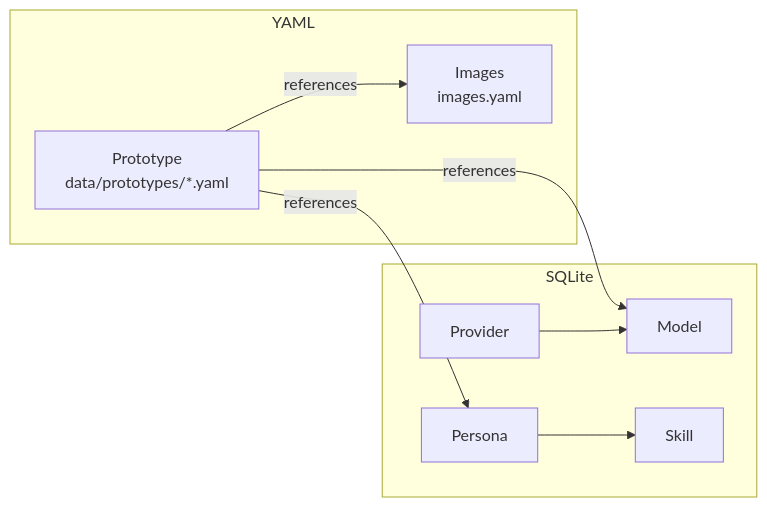
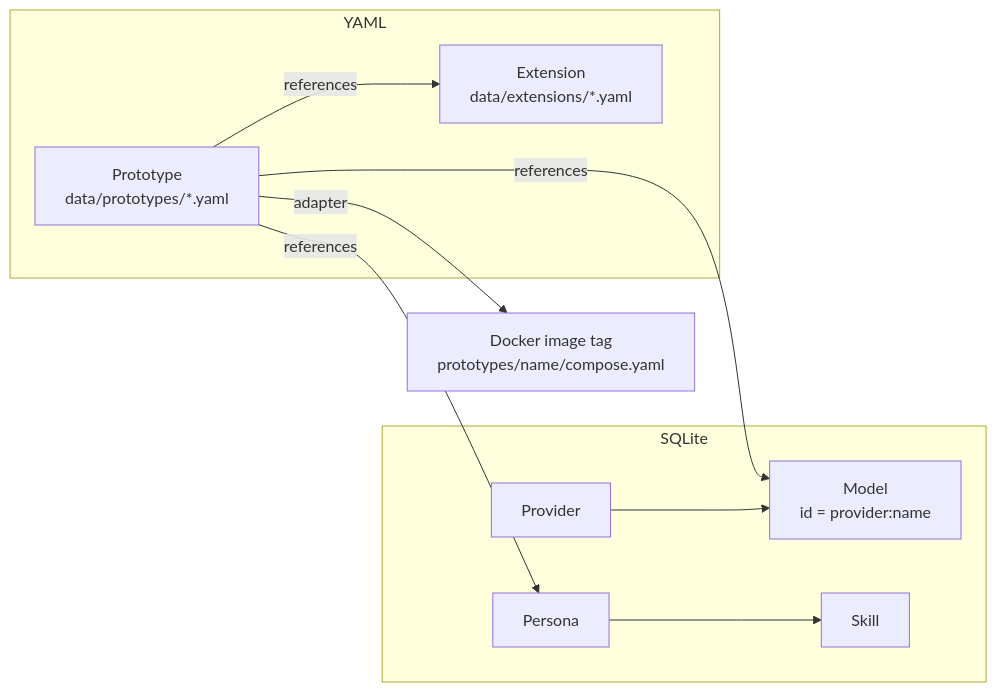
The second of 3 diagrams in cards/architecture-overview.md (shazhou-ww/sumeru), drawn with Mermaid before and after one commit. The commit also changed other lines of this file and 384 other files, not shown here.

````diff
--- a/cards/architecture-overview.md
+++ b/cards/architecture-overview.md
@@ -37,14 +37,15 @@
 ```mermaid
 flowchart LR
   subgraph SQLite
-    P[Provider] --> M[Model]
+    P[Provider] --> M[Model\nid = provider:name]
     PS[Persona] --> SK[Skill]
   end
   subgraph YAML
     PR[Prototype\ndata/prototypes/*.yaml]
-    IM[Images\nimages.yaml]
+    EX[Extension\ndata/extensions/*.yaml]
   end
   PR -->|references| M
   PR -->|references| PS
-  PR -->|references| IM
+  PR -->|references| EX
+  PR -->|adapter| AD[Docker image tag\nprototypes/name/compose.yaml]
 ```
````
